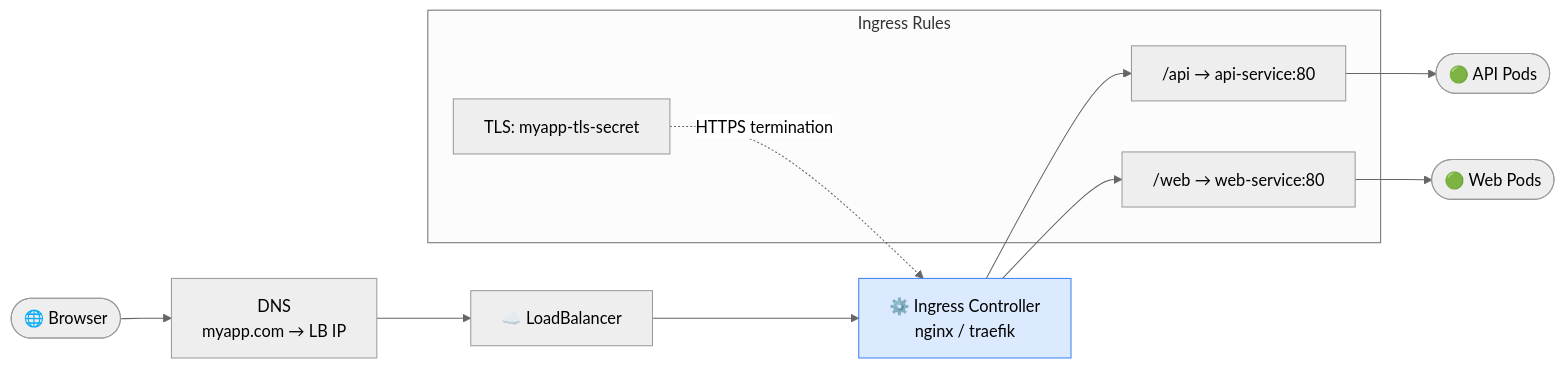
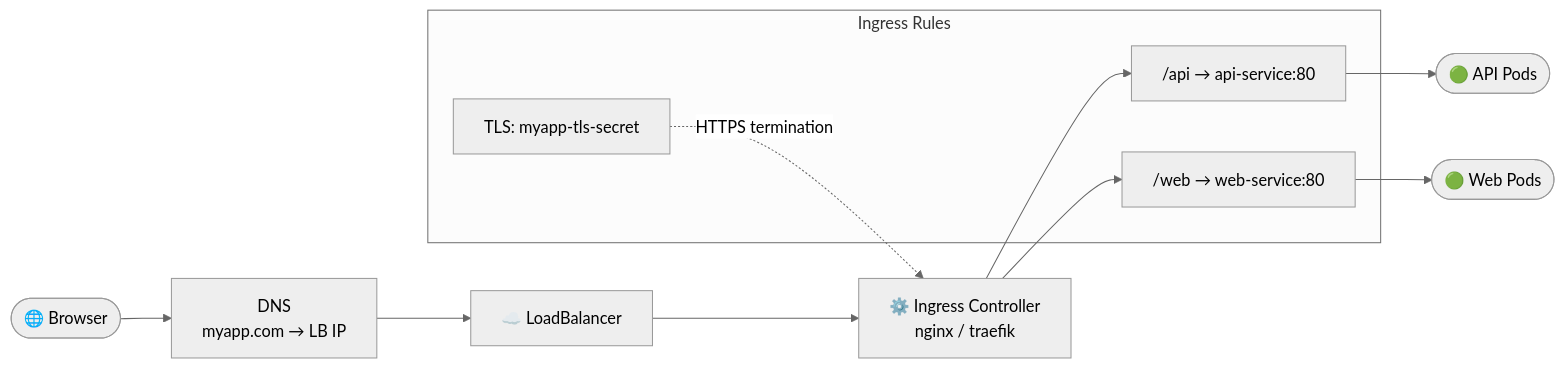
The third of 6 diagrams in content/cka/08-networking-services-dns-ingress-cni/overview/overview.md (Gautam4424/k8slearn-content), drawn with Mermaid (neutral theme) before and after one commit. The commit also changed other lines of this file and 40 other files, not shown here.

Commit message:
chore: fix mermaid style regex

````diff
--- a/content/cka/08-networking-services-dns-ingress-cni/overview/overview.md
+++ b/content/cka/08-networking-services-dns-ingress-cni/overview/overview.md
@@ -375,23 +372,21 @@
 ```mermaid
 flowchart LR
     USER(["🌐 Browser"])
     DNS["DNS\nmyapp.com → LB IP"]
     LB["☁️ LoadBalancer"]
     ING["⚙️ Ingress Controller\nnginx / traefik"]
 
     subgraph RULES["Ingress Rules"]
         R1["/api → api-service:80"]
         R2["/web → web-service:80"]
         TLS["TLS: myapp-tls-secret"]
     end
 
     APIP(["🟢 API Pods"])
     WEBP(["🟢 Web Pods"])
 
     USER --> DNS --> LB --> ING
     ING --> R1 --> APIP
     ING --> R2 --> WEBP
     TLS -.->|HTTPS termination| ING
-
-    style ING fill:#dbeafe,stroke:#3b82f6
 ```
````
